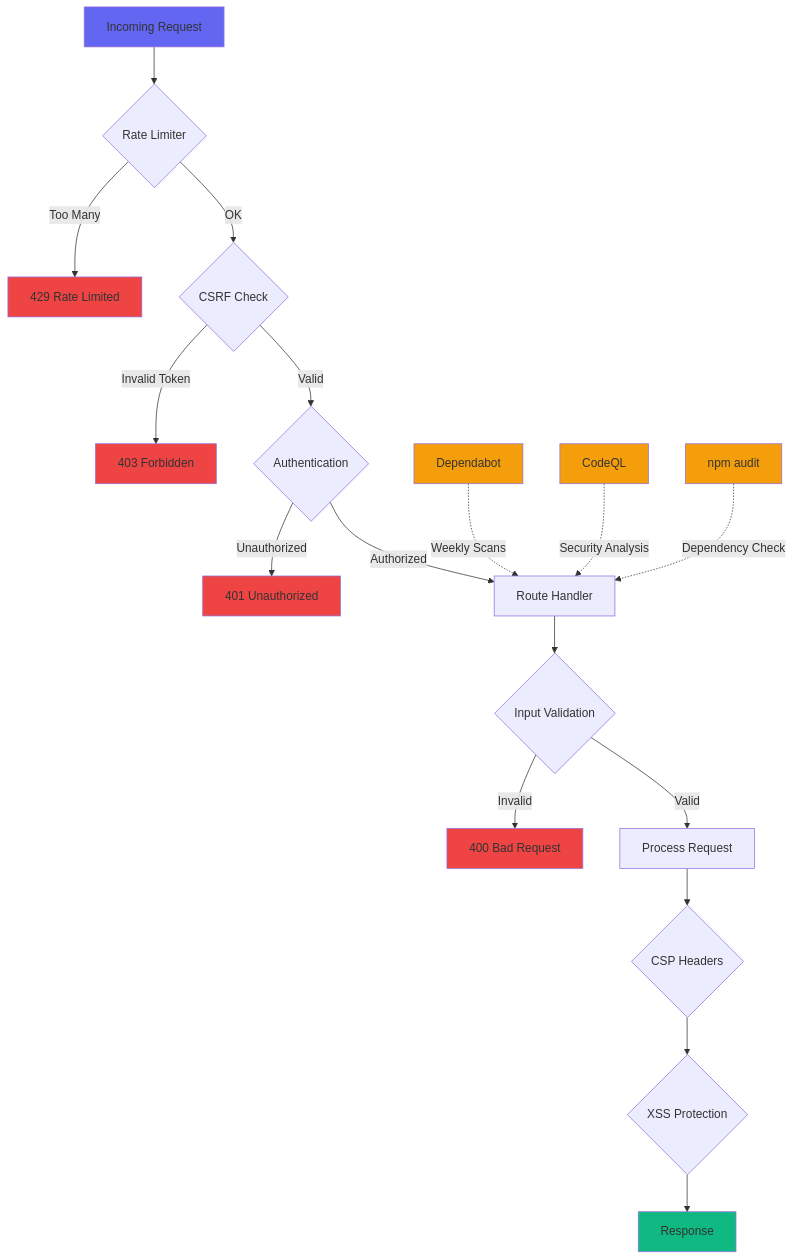
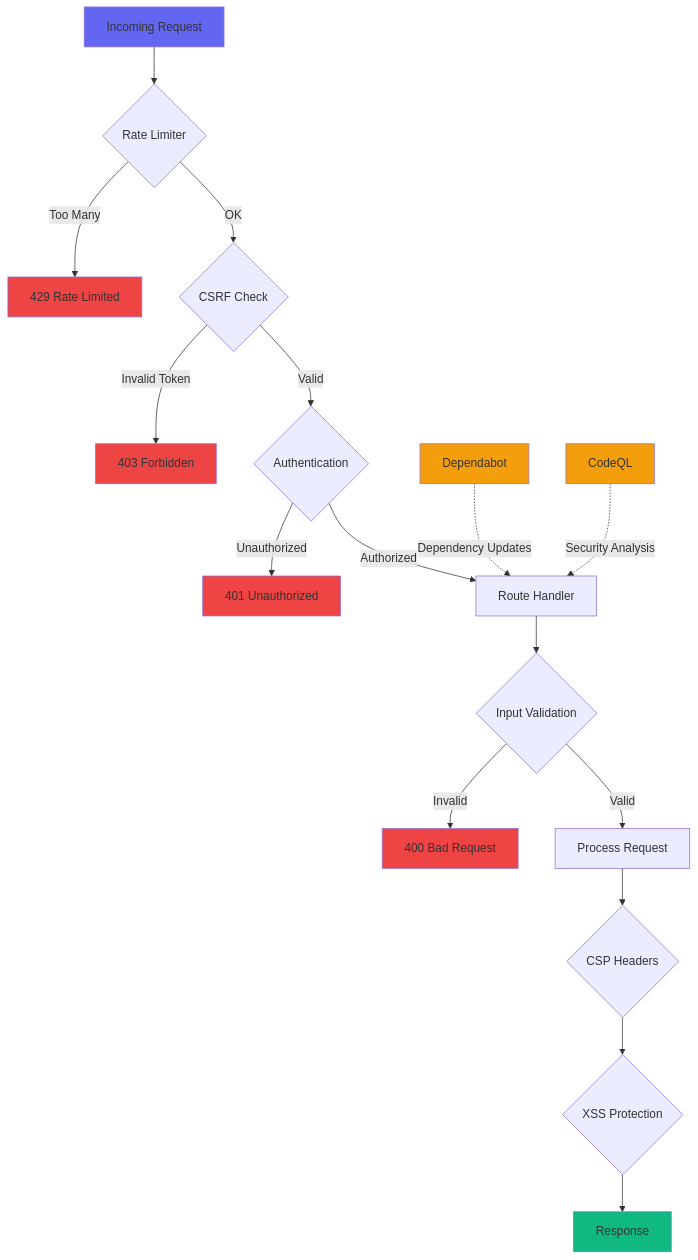
One commit to dmgrok/unconf changed the second of 3 diagrams in README.md. Above: the diagram before and after it, drawn with Mermaid. The commit also changed other lines of this file and 1 other file, not shown here.

````diff
--- a/README.md
+++ b/README.md
@@ -168,34 +134,32 @@
 ```mermaid
 flowchart TD
     A[Incoming Request] --> B{Rate Limiter}
     B -->|Too Many| Z1[429 Rate Limited]
     B -->|OK| C{CSRF Check}
     
     C -->|Invalid Token| Z2[403 Forbidden]
     C -->|Valid| D{Authentication}
     
     D -->|Unauthorized| Z3[401 Unauthorized]
     D -->|Authorized| E[Route Handler]
     
     E --> F{Input Validation}
     F -->|Invalid| Z4[400 Bad Request]
     F -->|Valid| G[Process Request]
     
     G --> H{CSP Headers}
     H --> I{XSS Protection}
     I --> J[Response]
     
-    K[Dependabot] -.->|Weekly Scans| E
+    K[Dependabot] -.->|Dependency Updates| E
     L[CodeQL] -.->|Security Analysis| E
-    M[npm audit] -.->|Dependency Check| E
     
     style A fill:#6366f1
     style J fill:#10b981
     style Z1 fill:#ef4444
     style Z2 fill:#ef4444
     style Z3 fill:#ef4444
     style Z4 fill:#ef4444
     style K fill:#f59e0b
     style L fill:#f59e0b
-    style M fill:#f59e0b
 ```
````
